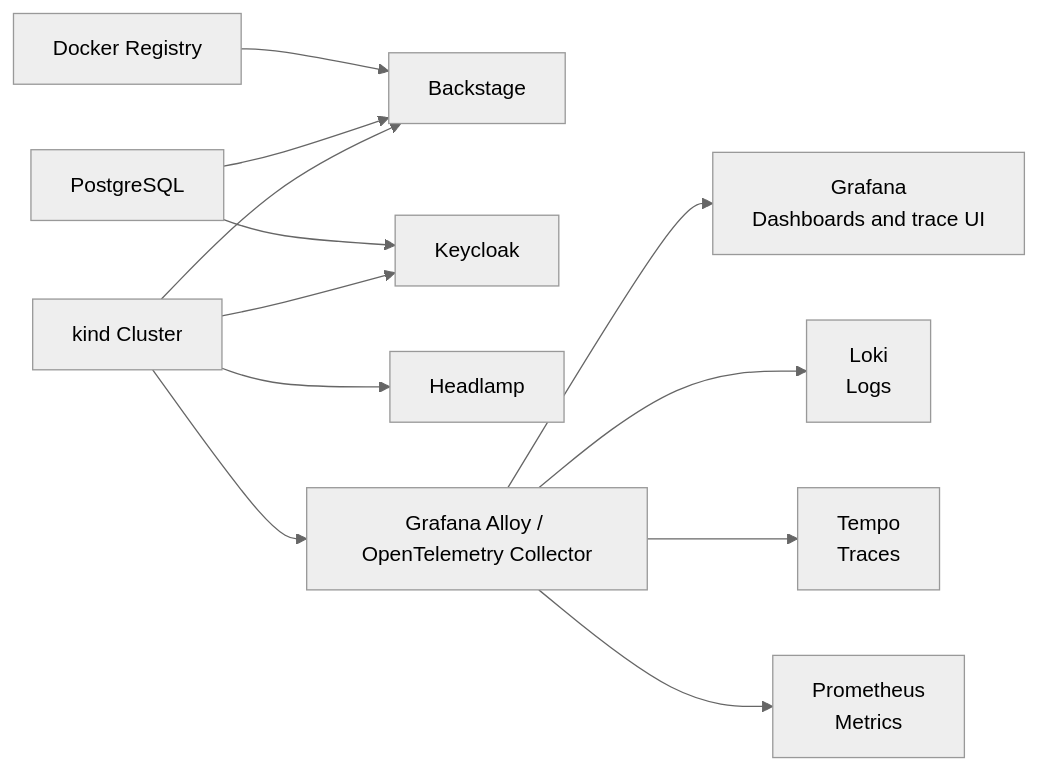
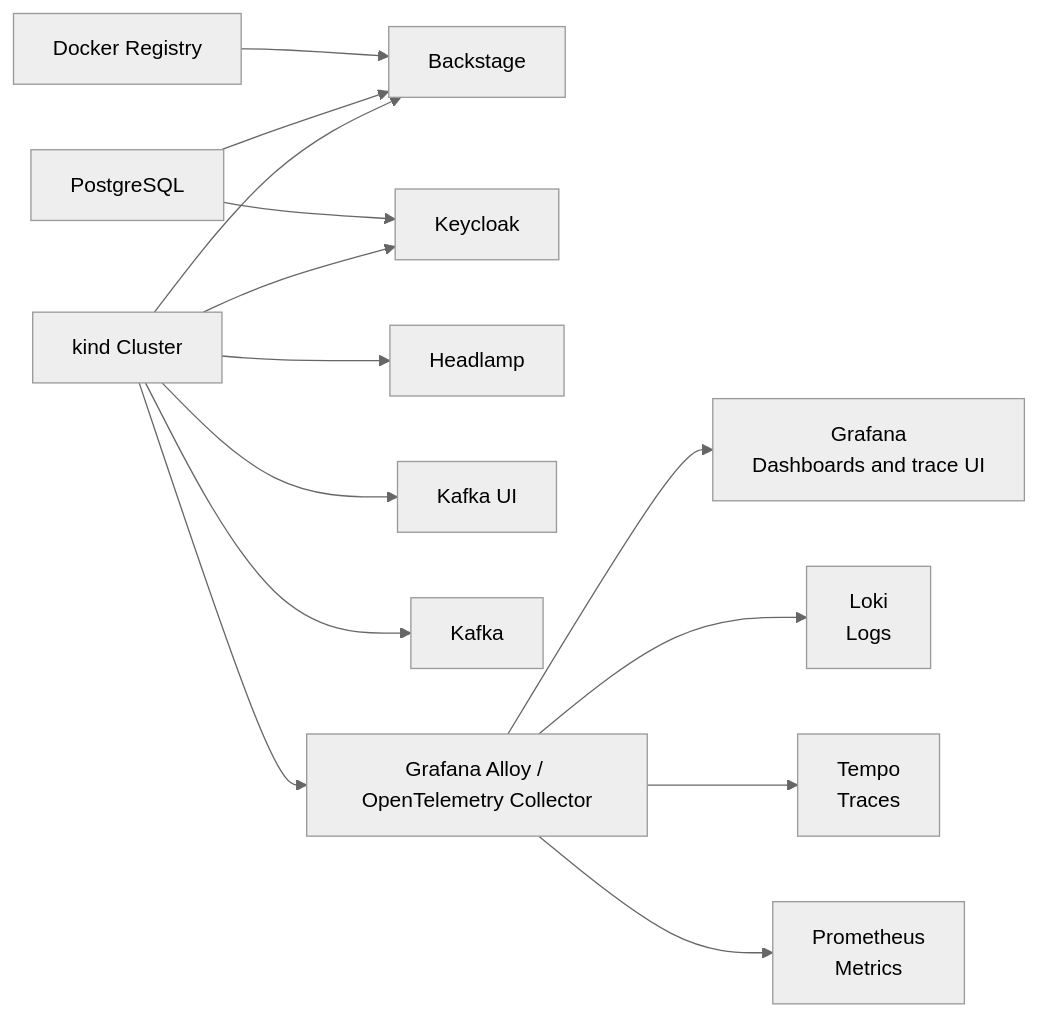
One commit to medimohammadise/elegant-infra-engine changed the third of 3 diagrams in README.md. Above: the diagram before and after it, drawn with Mermaid (neutral theme). The commit also changed other lines of this file and 37 other files, not shown here.

````diff
--- a/README.md
+++ b/README.md
@@ -88,14 +159,16 @@
 ```mermaid
 flowchart LR
   Registry["Docker Registry"] --> BackstageApp["Backstage"]
   PostgresDb["PostgreSQL"] --> BackstageApp
   PostgresDb --> KeycloakApp["Keycloak"]
   KindCluster["kind Cluster"] --> BackstageApp
   KindCluster --> HeadlampUi["Headlamp"]
+  KindCluster --> KafkaUi["Kafka UI"]
   KindCluster --> KeycloakApp
+  KindCluster --> KafkaApp["Kafka"]
   KindCluster --> Collector["Grafana Alloy / OpenTelemetry Collector"]
   Collector --> GrafanaApp["Grafana\nDashboards and trace UI"]
   Collector --> LokiApp["Loki\nLogs"]
   Collector --> TempoApp["Tempo\nTraces"]
   Collector --> PrometheusApp["Prometheus\nMetrics"]
 ```
````
